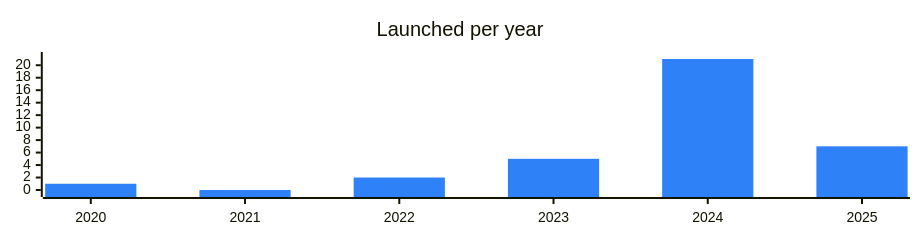
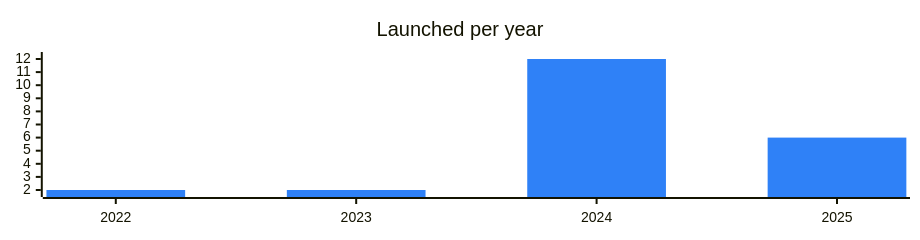
Before and after one commit to vitalikgpt/gram-ecosystem: the diagram in categories/education.md, drawn with Mermaid. The commit also changed other lines of this file and 69 other files, not shown here.

````diff
--- a/categories/education.md
+++ b/categories/education.md
@@ -7,7 +7,7 @@
 ```mermaid
 %%{init: {"xyChart": {"width": 900, "height": 220}, "themeVariables": {"xyChart": {"plotColorPalette": "#2f81f7"}}}}%%
 xychart-beta
   title "Launched per year"
-  x-axis ["2020", "2021", "2022", "2023", "2024", "2025"]
-  bar [1, 0, 2, 5, 21, 7]
+  x-axis ["2022", "2023", "2024", "2025"]
+  bar [2, 2, 12, 6]
 ```
````
